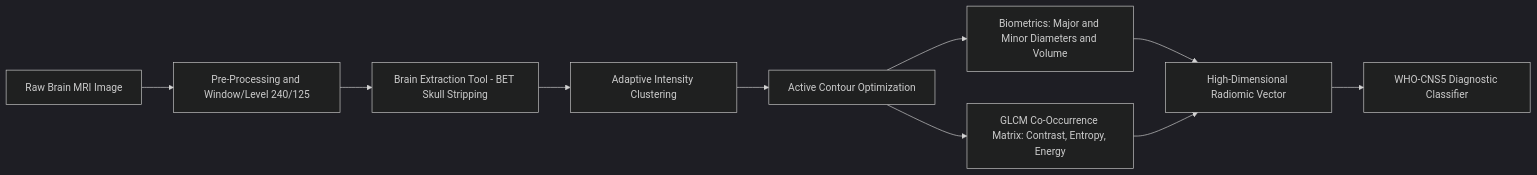
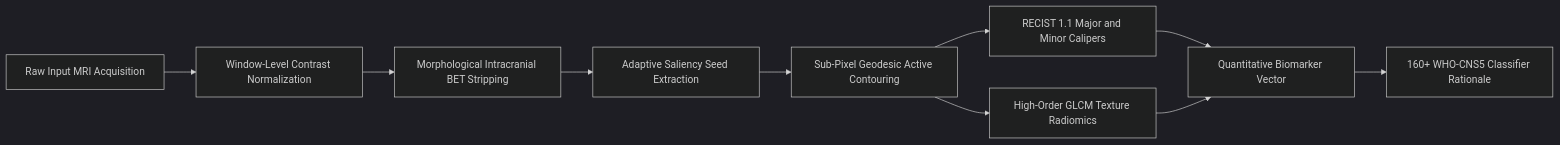
One commit to kailash6207/Brain_Tumor changed the third of 6 diagrams in README.md. Above: the diagram before and after it, drawn with Mermaid (dark theme). The commit also changed other lines of this file, not shown here.

Commit message:
docs: overhaul and tune README with visual showcase, 6 Mermaid diagrams, 8-suite breakdown, and mathematical formulations

````diff
--- a/README.md
+++ b/README.md
@@ -118,12 +216,12 @@
 ```mermaid
 flowchart LR
-    RAW[Raw Brain MRI Image] --> PRE[Pre-Processing and Window/Level 240/125]
-    PRE --> BET[Brain Extraction Tool - BET Skull Stripping]
-    BET --> SEED[Adaptive Intensity Clustering]
-    SEED --> SNAKE[Active Contour Optimization]
-    SNAKE --> METRICS[Biometrics: Major and Minor Diameters and Volume]
-    SNAKE --> GLCM[GLCM Co-Occurrence Matrix: Contrast, Entropy, Energy]
-    METRICS --> FEAT_VEC[High-Dimensional Radiomic Vector]
-    GLCM --> FEAT_VEC
-    FEAT_VEC --> WHO_MATCH[WHO-CNS5 Diagnostic Classifier]
+    RAW[Raw Input MRI Acquisition] --> PRE[Window-Level Contrast Normalization]
+    PRE --> BET[Morphological Intracranial BET Stripping]
+    BET --> SEED[Adaptive Saliency Seed Extraction]
+    SEED --> SNAKE[Sub-Pixel Geodesic Active Contouring]
+    SNAKE --> BIOM[RECIST 1.1 Major and Minor Calipers]
+    SNAKE --> GLCM[High-Order GLCM Texture Radiomics]
+    BIOM --> VECTOR[Quantitative Biomarker Vector]
+    GLCM --> VECTOR
+    VECTOR --> CLASSIFIER[160+ WHO-CNS5 Classifier Rationale]
 ```
````
